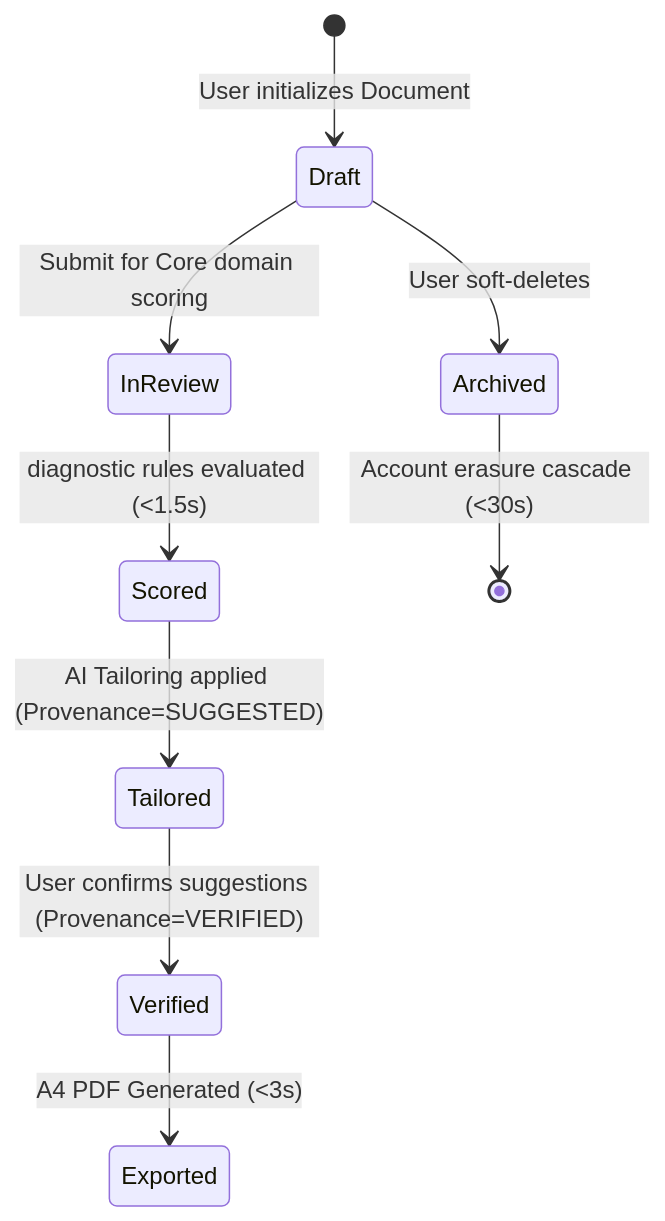
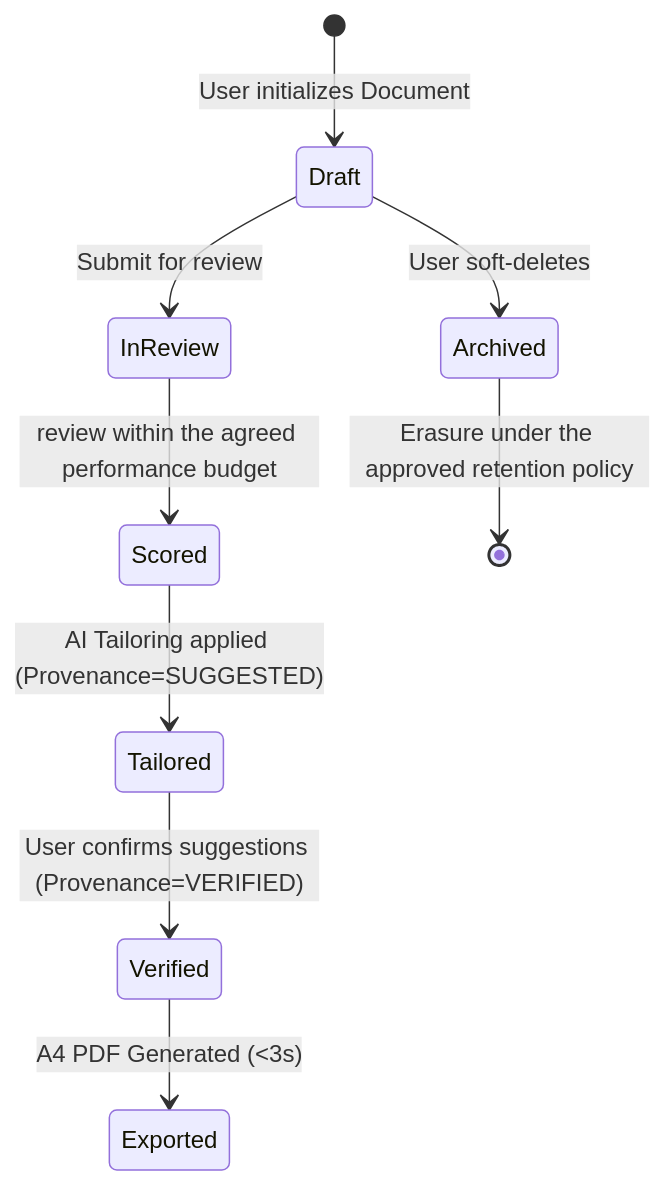
Before and after one commit to adjiehf231/AI-MASTER-ORCHESTRATOR-DEVELOPMENT: the first of 2 diagrams in skills/system-modeling/SKILL.md, drawn with Mermaid. The commit also changed other lines of this file and 176 other files, not shown here.

````diff
--- a/skills/system-modeling/SKILL.md
+++ b/skills/system-modeling/SKILL.md
@@ -18,11 +18,11 @@
 ```mermaid
 stateDiagram-v2
     [*] --> Draft: User initializes Document
-    Draft --> InReview: Submit for Core domain scoring
-    InReview --> Scored: diagnostic rules evaluated (<1.5s)
+    Draft --> InReview: Submit for review
+    InReview --> Scored: review within the agreed performance budget
     Scored --> Tailored: AI Tailoring applied (Provenance=SUGGESTED)
     Tailored --> Verified: User confirms suggestions (Provenance=VERIFIED)
     Verified --> Exported: A4 PDF Generated (<3s)
     Draft --> Archived: User soft-deletes
-    Archived --> [*]: Account erasure cascade (<30s)
+    Archived --> [*]: Erasure under the approved retention policy
 ```
````
